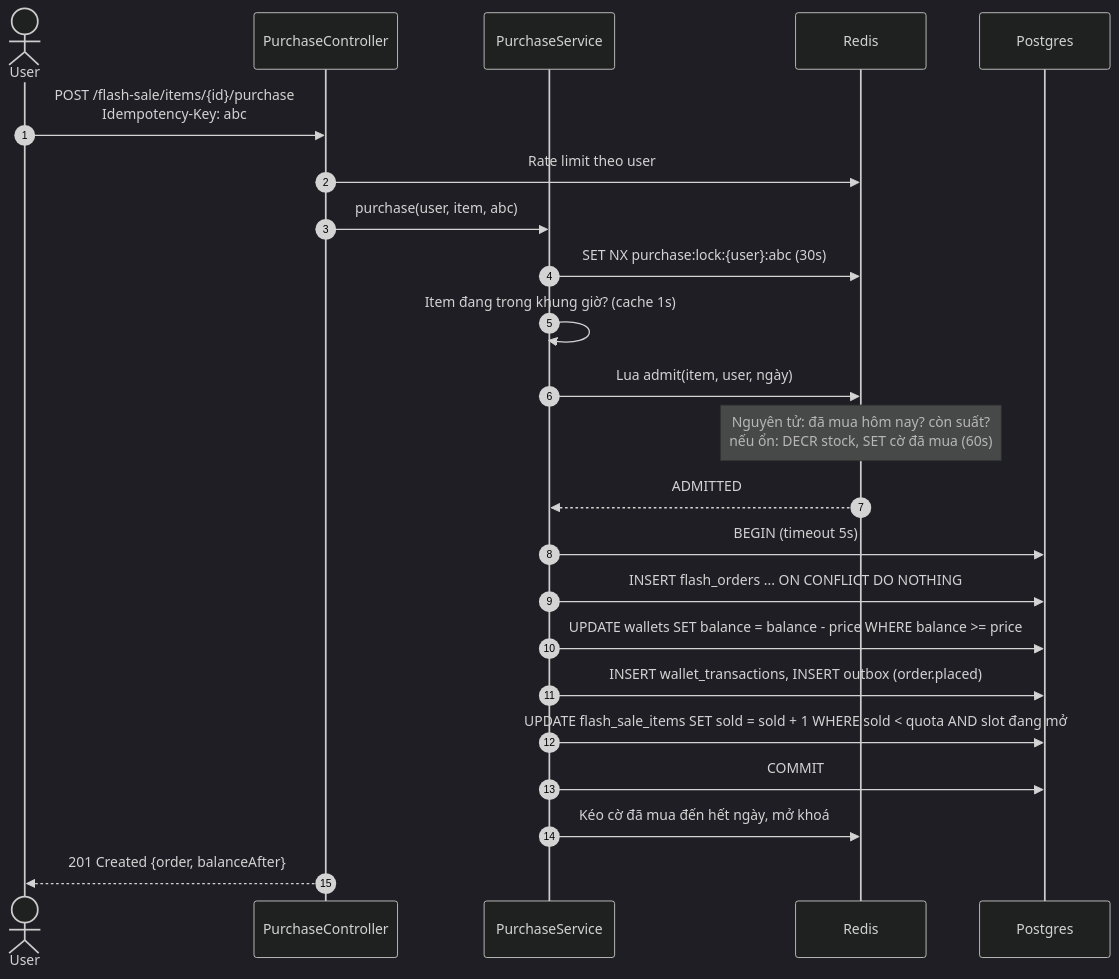
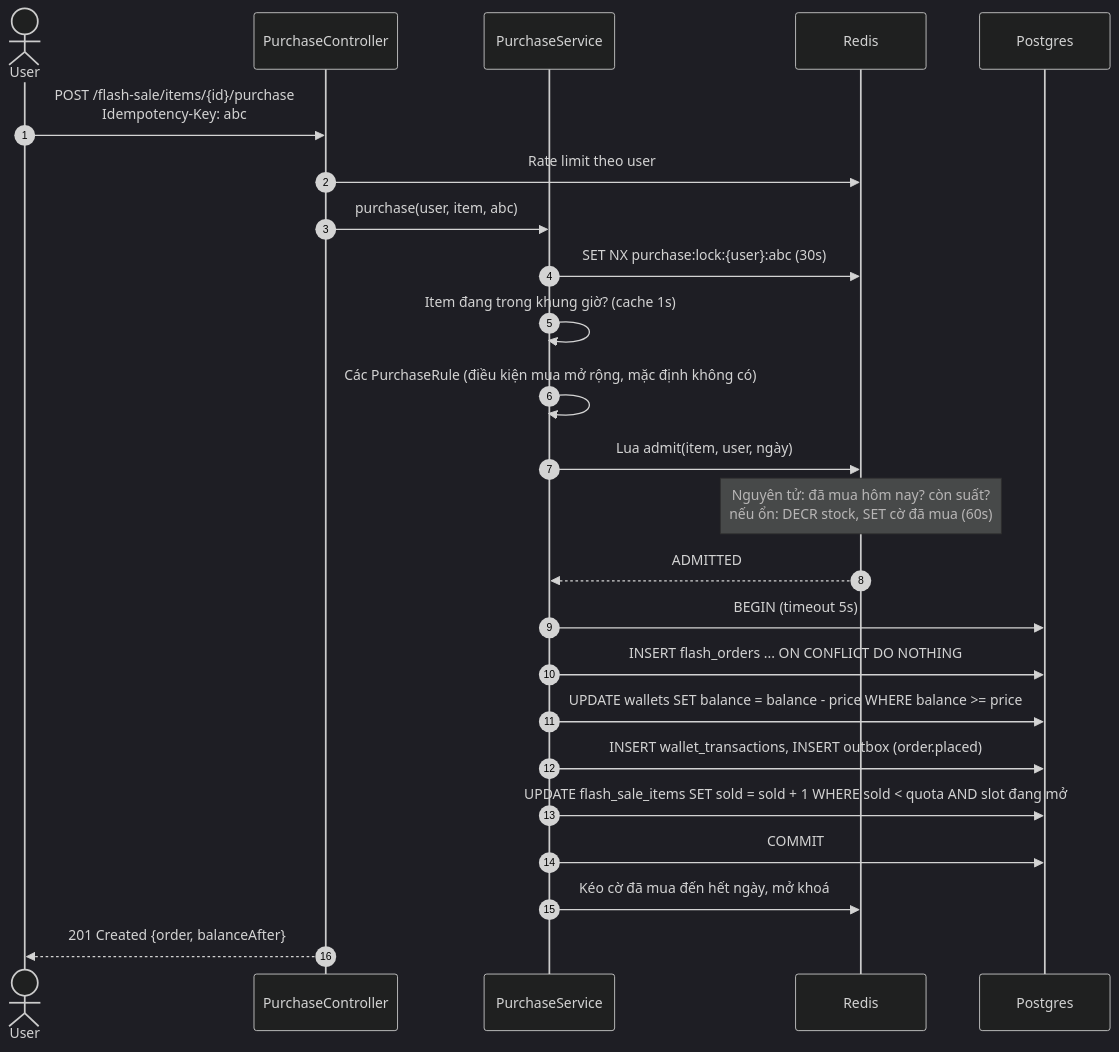
Before and after one commit to lebronjamesbe01-dev/flashsale-service: the seventh of 14 diagrams in docs/system-design.md, drawn with Mermaid (dark theme). The commit also changed other lines of this file and 1 other file, not shown here.

Commit message:
docs: update README and system design for hardened flows

````diff
--- a/docs/system-design.md
+++ b/docs/system-design.md
@@ -262,26 +263,27 @@
 ```mermaid
 sequenceDiagram
     autonumber
     actor U as User
     participant C as PurchaseController
     participant P as PurchaseService
     participant R as Redis
     participant DB as Postgres
 
     U->>C: POST /flash-sale/items/{id}/purchase<br/>Idempotency-Key: abc
     C->>R: Rate limit theo user
     C->>P: purchase(user, item, abc)
     P->>R: SET NX purchase:lock:{user}:abc (30s)
     P->>P: Item đang trong khung giờ? (cache 1s)
+    P->>P: Các PurchaseRule (điều kiện mua mở rộng, mặc định không có)
     P->>R: Lua admit(item, user, ngày)
     Note over R: Nguyên tử: đã mua hôm nay? còn suất?<br/>nếu ổn: DECR stock, SET cờ đã mua (60s)
     R-->>P: ADMITTED
     P->>DB: BEGIN (timeout 5s)
     P->>DB: INSERT flash_orders ... ON CONFLICT DO NOTHING
     P->>DB: UPDATE wallets SET balance = balance - price WHERE balance >= price
     P->>DB: INSERT wallet_transactions, INSERT outbox (order.placed)
     P->>DB: UPDATE flash_sale_items SET sold = sold + 1 WHERE sold < quota AND slot đang mở
     P->>DB: COMMIT
     P->>R: Kéo cờ đã mua đến hết ngày, mở khoá
     C-->>U: 201 Created {order, balanceAfter}
 ```
````
